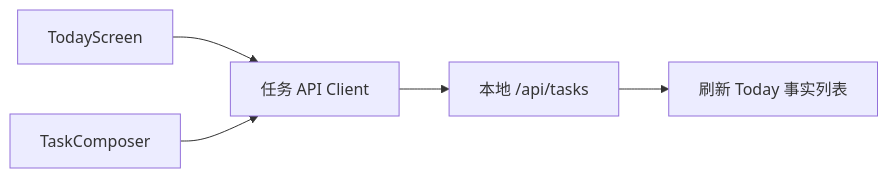
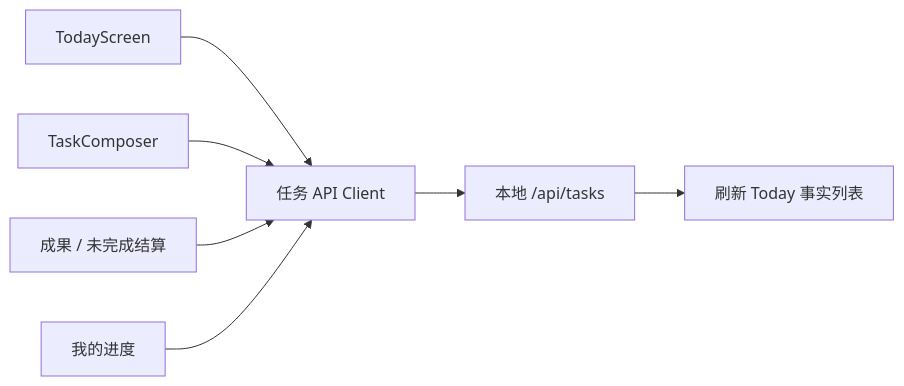
The diagram in apps/web/src/features/tasks/FEATURE.md (KlayPeter/Mainline), drawn with Mermaid before and after one commit. The commit also changed other lines of this file and 25 other files, not shown here.

````diff
--- a/apps/web/src/features/tasks/FEATURE.md
+++ b/apps/web/src/features/tasks/FEATURE.md
@@ -14,7 +14,9 @@
 ```mermaid
 flowchart LR
     Today["TodayScreen"] --> Client["任务 API Client"]
     Composer["TaskComposer"] --> Client
+    Result["成果 / 未完成结算"] --> Client
+    Progress["我的进度"] --> Client
     Client --> Api["本地 /api/tasks"]
     Api --> Refresh["刷新 Today 事实列表"]
 ```
````
